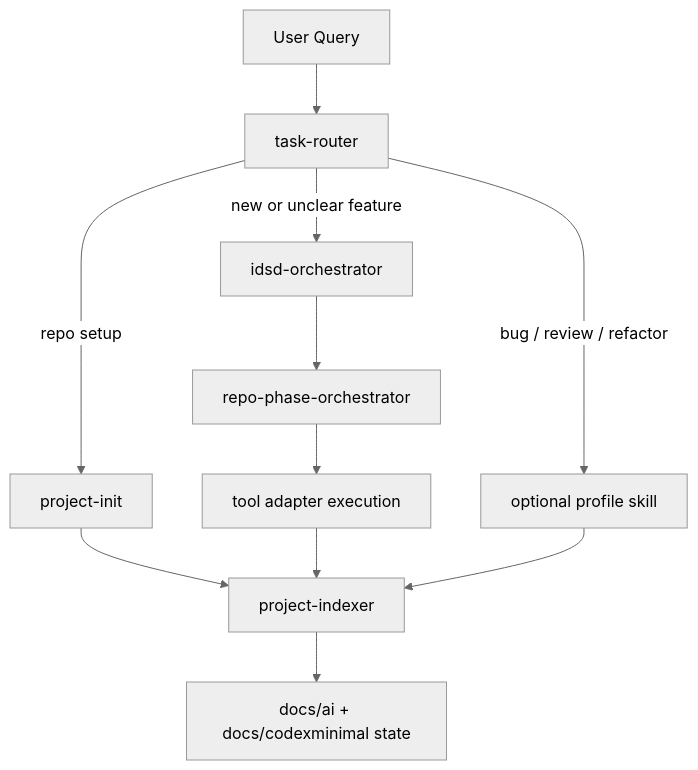
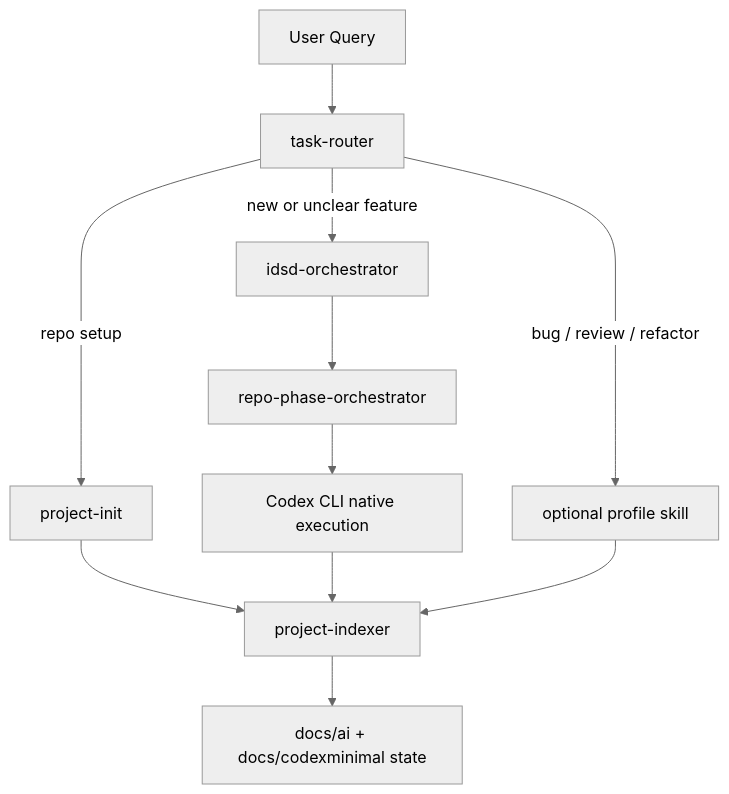
The first of 8 diagrams in README.md (HoanDo95/CodexMinimal), drawn with Mermaid (neutral theme) before and after one commit. The commit also changed other lines of this file and 16 other files, not shown here.

Commit message:
Default execution to Codex CLI

````diff
--- a/README.md
+++ b/README.md
@@ -16,17 +16,17 @@
 ```mermaid
 flowchart TB
     U[User Query] --> R[task-router]
 
     R -->|repo setup| PI[project-init]
     PI --> IDX[project-indexer]
 
     R -->|new or unclear feature| IDSD[idsd-orchestrator]
     IDSD --> PLAN[repo-phase-orchestrator]
-    PLAN --> EXEC[tool adapter execution]
+    PLAN --> EXEC[Codex CLI native execution]
     EXEC --> IDX
 
     R -->|bug / review / refactor| PROFILE[optional profile skill]
     PROFILE --> IDX
 
     IDX --> STATE[docs/ai + docs/codexminimal state]
 ```
````
